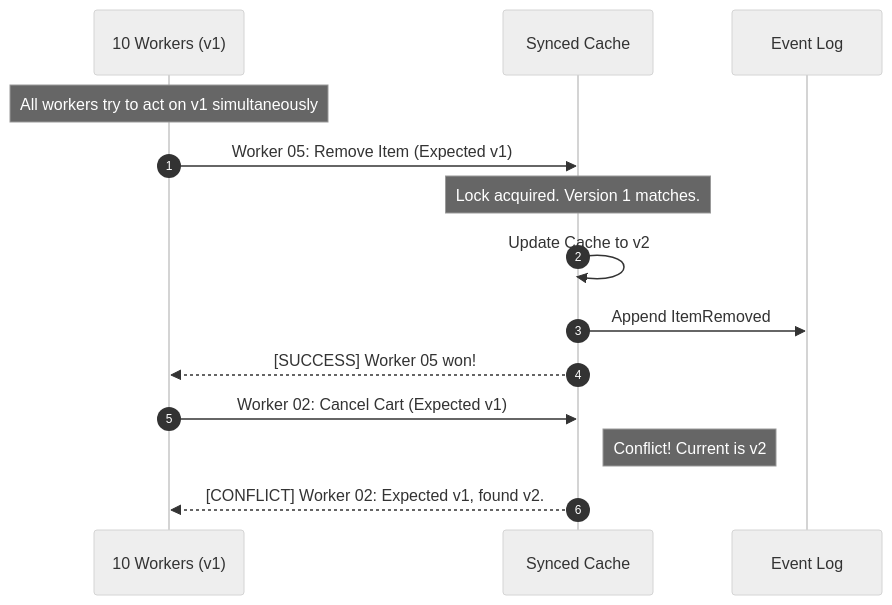
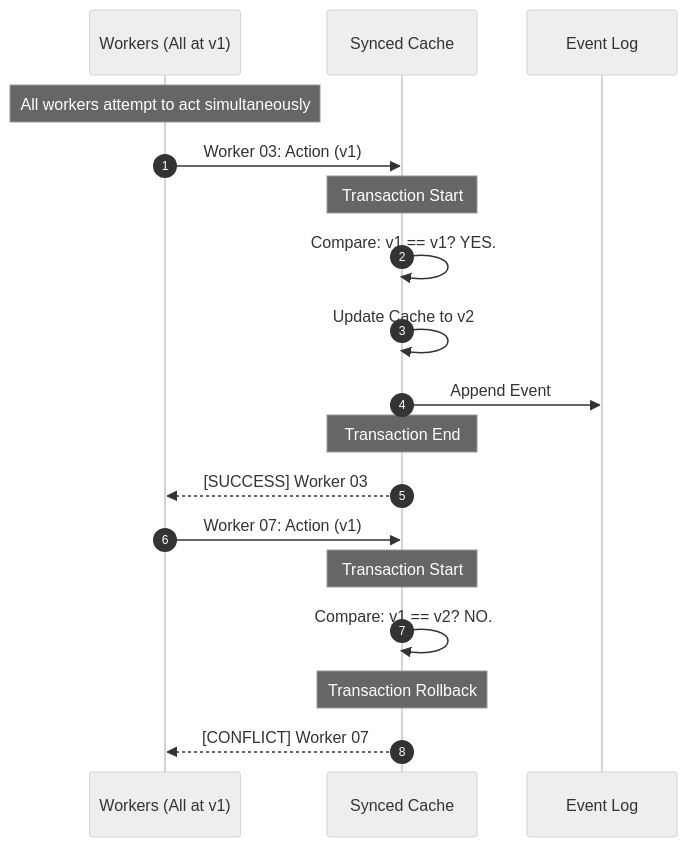
Before and after one commit to victorcassel/SyncSourcing.Core: the diagram in src/PoC2.SyncedCacheSourcing/README.md, drawn with Mermaid (neutral theme). The commit also changed other lines of this file, not shown here.

Commit message:
fixed README for PoC2

````diff
--- a/src/PoC2.SyncedCacheSourcing/README.md
+++ b/src/PoC2.SyncedCacheSourcing/README.md
@@ -22,18 +23,22 @@
 ```mermaid
 sequenceDiagram
     autonumber
-    participant W as 10 Workers (v1)
+    participant W as Workers (All at v1)
     participant C as Synced Cache
     participant L as Event Log
 
-    Note over W: All workers try to act on v1 simultaneously
-    W->>C: Worker 05: Remove Item (Expected v1)
-    Note over C: Lock acquired. Version 1 matches.
+    Note over W: All workers attempt to act simultaneously
+    W->>C: Worker 03: Action (v1)
+    Note over C: Transaction Start
+    C->>C: Compare: v1 == v1? YES.
     C->>C: Update Cache to v2
-    C->>L: Append ItemRemoved
-    C-->>W: [SUCCESS] Worker 05 won!
-    
-    W->>C: Worker 02: Cancel Cart (Expected v1)
-    Note right of C: Conflict! Current is v2
-    C-->>W: [CONFLICT] Worker 02: Expected v1, found v2.
-```    
+    C->>L: Append Event
+    Note over C: Transaction End
+    C-->>W: [SUCCESS] Worker 03
+
+    W->>C: Worker 07: Action (v1)
+    Note over C: Transaction Start
+    C->>C: Compare: v1 == v2? NO.
+    Note over C: Transaction Rollback
+    C-->>W: [CONFLICT] Worker 07
+```
````
